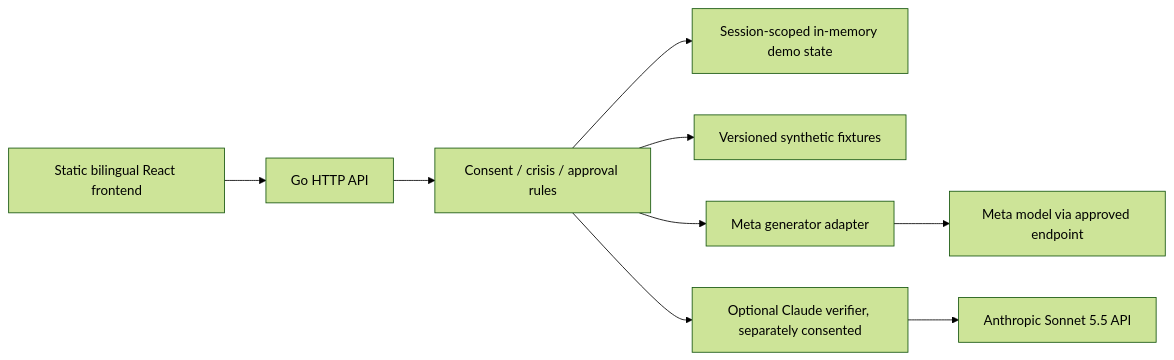
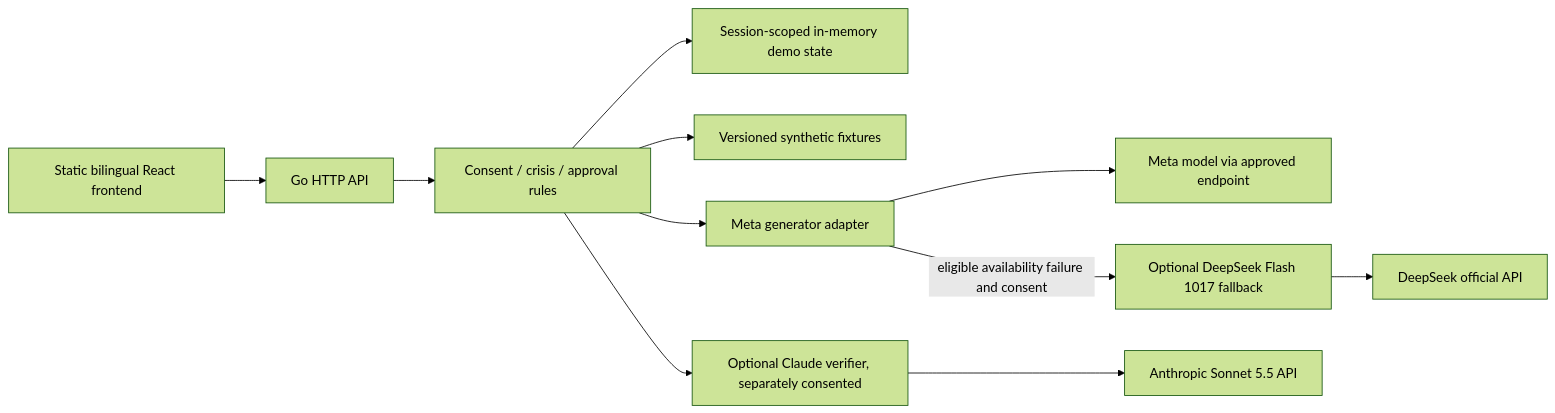
The diagram in docs/ARCHITECTURE.md (YanIanZ/sela), drawn with Mermaid (forest theme) before and after one commit. The commit also changed other lines of this file, not shown here.

Commit message:
docs: register opt-in DeepSeek 1017 fallback alongside Meta and Claude

````diff
--- a/docs/ARCHITECTURE.md
+++ b/docs/ARCHITECTURE.md
@@ -7,11 +7,13 @@
 ```mermaid
 flowchart LR
     UI[Static bilingual React frontend] --> API[Go HTTP API]
     API --> RULES[Consent / crisis / approval rules]
     RULES --> STORE[Session-scoped in-memory demo state]
     RULES --> FIX[Versioned synthetic fixtures]
     RULES --> META[Meta generator adapter]
     META --> CLOUD[Meta model via approved endpoint]
+    META -->|eligible availability failure and consent| FALL[Optional DeepSeek Flash 1017 fallback]
+    FALL --> DEEPSEEK[DeepSeek official API]
     RULES --> VERIFY[Optional Claude verifier, separately consented]
     VERIFY --> ANTHROPIC[Anthropic Sonnet 5.5 API]
 ```
````
